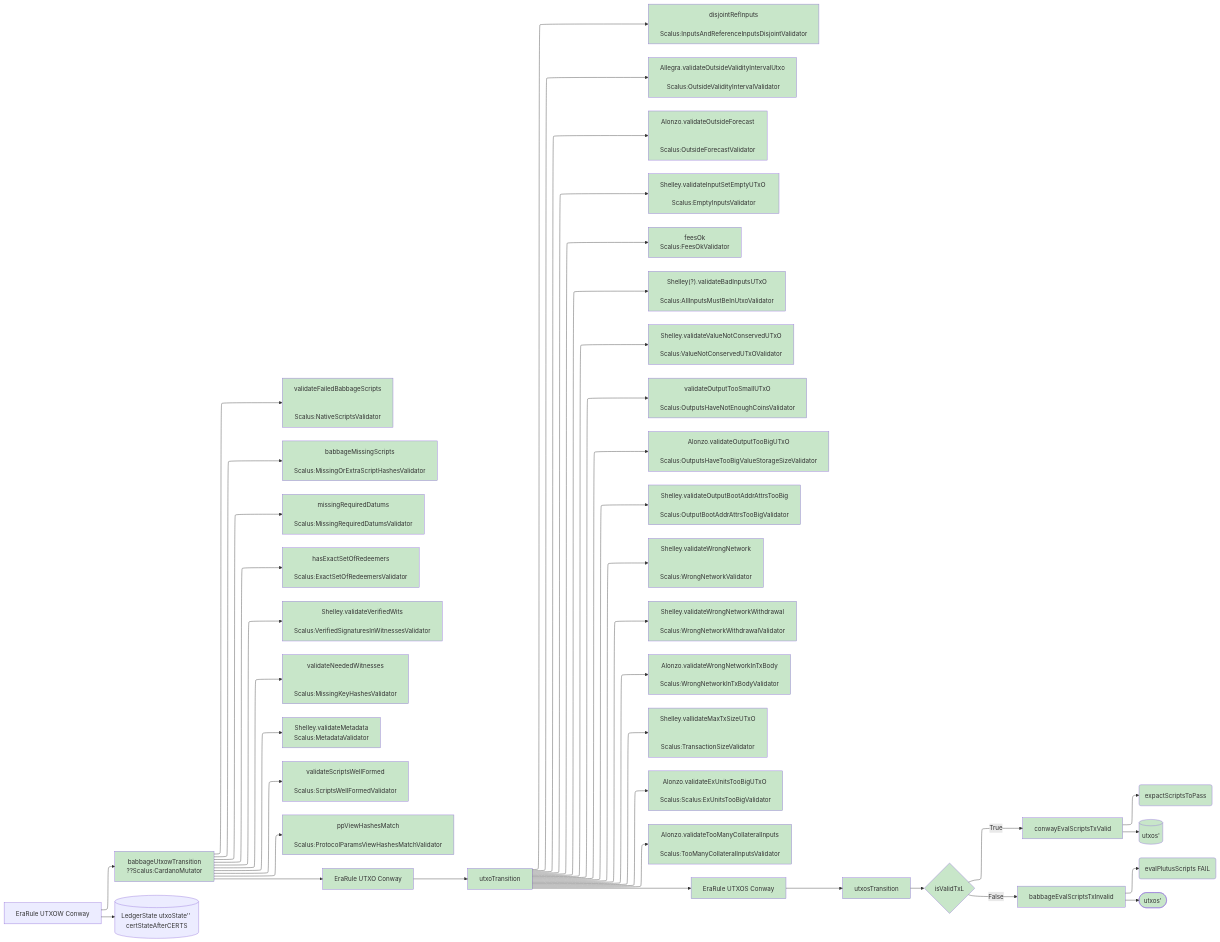
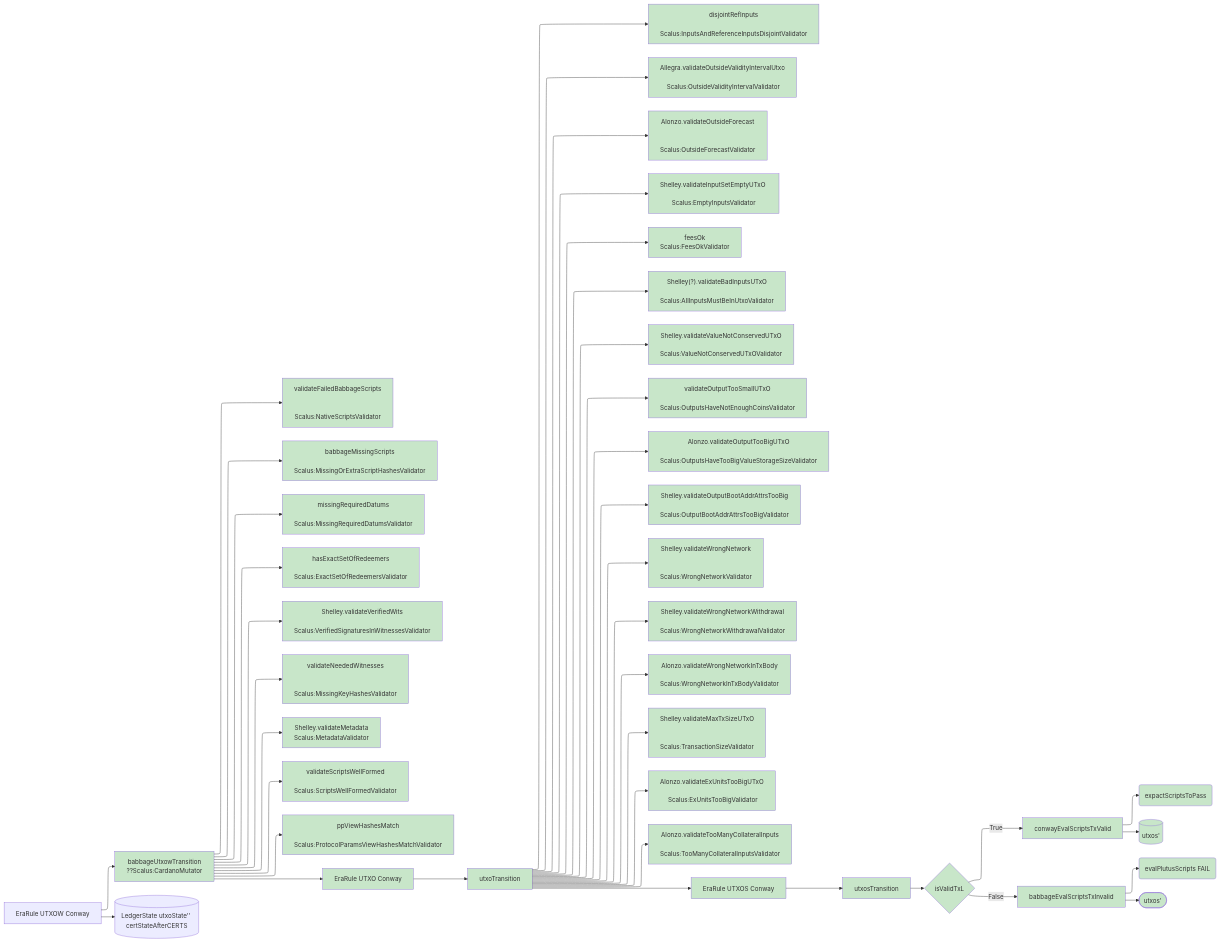
One commit to scalus3/scalus changed the diagram in scalus-site/content/ledger/ledger-rules.mdx. Above: the diagram before and after it, drawn with Mermaid. The commit also changed other lines of this file and 2 other files, not shown here.

````diff
--- a/scalus-site/content/ledger/ledger-rules.mdx
+++ b/scalus-site/content/ledger/ledger-rules.mdx
@@ -27,78 +37,78 @@
 ```mermaid
 ---
 config:
   
   layout: elk
 ---
 flowchart LR
 EUC[EraRule UTXOW Conway]
     EUC --> babbageUtxowTransition["babbageUtxowTransition
                                     ??Scalus:CardanoMutator"]:::done
         babbageUtxowTransition --> validateFailedBabbageScripts["validateFailedBabbageScripts
                                                                 Scalus:NativeScriptsValidator"]:::done
         babbageUtxowTransition --> babbageMissingScripts["babbageMissingScripts
                                                         Scalus:MissingOrExtraScriptHashesValidator"]:::done
         babbageUtxowTransition --> missingRequiredDatums["missingRequiredDatums
                                                         Scalus:MissingRequiredDatumsValidator"]:::done
         babbageUtxowTransition --> hasExactSetOfRedeemers["hasExactSetOfRedeemers
                                                         Scalus:ExactSetOfRedeemersValidator"]:::done
         babbageUtxowTransition --> validateVerifiedWits["Shelley.validateVerifiedWits
                                                         Scalus:VerifiedSignaturesInWitnessesValidator"]:::done
         babbageUtxowTransition --> validateNeededWitnesses["validateNeededWitnesses
                                                             Scalus:MissingKeyHashesValidator"]:::done
         babbageUtxowTransition --> validateMetadata["Shelley.validateMetadata
                                                     Scalus:MetadataValidator"]:::done
         babbageUtxowTransition --> validateScriptsWellFormed["validateScriptsWellFormed
                                                     Scalus:ScriptsWellFormedValidator"]:::done
         babbageUtxowTransition --> ppViewHashesMatch["ppViewHashesMatch
                                                     Scalus:ProtocolParamsViewHashesMatchValidator"]:::done
         babbageUtxowTransition --> EUTXOC[EraRule UTXO Conway]:::done
             EUTXOC --> utxoTransition:::done
                 utxoTransition --> disjointRefInputs["disjointRefInputs
                                                     Scalus:InputsAndReferenceInputsDisjointValidator"]:::done
                 utxoTransition --> validateOutsideValidityIntervalUtxo["Allegra.validateOutsideValidityIntervalUtxo
                                                                         Scalus:OutsideValidityIntervalValidator"]:::done
                 utxoTransition --> validateOutsideForecast["Alonzo.validateOutsideForecast
                                                             Scalus:OutsideForecastValidator"]:::done
                 utxoTransition --> validateInputSetEmptyUTxO["Shelley.validateInputSetEmptyUTxO 
                                                             Scalus:EmptyInputsValidator"]:::done
                 utxoTransition --> feesOk["feesOk
                                         Scalus:FeesOkValidator"]:::done
                 utxoTransition --> validateBadInputsUTxO["Shelley(?).validateBadInputsUTxO
                                                         Scalus:AllInputsMustBeInUtxoValidator"]:::done
                 utxoTransition --> validateValueNotConservedUTxO["Shelley.validateValueNotConservedUTxO
                                                         Scalus:ValueNotConservedUTxOValidator"]:::done
                 utxoTransition --> validateOutputTooSmallUTxO["validateOutputTooSmallUTxO
                                                             Scalus:OutputsHaveNotEnoughCoinsValidator"]:::done
                 utxoTransition --> validateOutputTooBigUTxO["Alonzo.validateOutputTooBigUTxO
                                                            Scalus:OutputsHaveTooBigValueStorageSizeValidator"]:::done 
                 utxoTransition --> validateOutputBootAddrAttrsTooBig["Shelley.validateOutputBootAddrAttrsTooBig
                                                                     Scalus:OutputBootAddrAttrsTooBigValidator"]:::done
                 utxoTransition --> validateWrongNetwork["Shelley.validateWrongNetwork
                                                         Scalus:WrongNetworkValidator"]:::done
                 utxoTransition --> validateWrongNetworkWithdrawal["Shelley.validateWrongNetworkWithdrawal
                                                                 Scalus:WrongNetworkWithdrawalValidator"]:::done
                 utxoTransition --> validateWrongNetworkInTxBody["Alonzo.validateWrongNetworkInTxBody
                                                                 Scalus:WrongNetworkInTxBodyValidator"]:::done
-                utxoTransition --> validateMaxTxSizeUTxO["Shelley.vallidateMaxTxSizeUTxO
+                utxoTransition --> validateMaxTxSizeUTxO["Shelley.validateMaxTxSizeUTxO
                                                                 Scalus:TransactionSizeValidator"]:::done
-                utxoTransition --> validateExUnitsTooBigUTxO["Alonzo.validateExUnitsTooBigUTxO 
-                                                            Scalus:Scalus:ExUnitsTooBigValidator"]:::done
+                utxoTransition --> validateExUnitsTooBigUTxO["Alonzo.validateExUnitsTooBigUTxO
+                                                            Scalus:ExUnitsTooBigValidator"]:::done
                 utxoTransition --> validateTooManyCollateralInputs["Alonzo.validateTooManyCollateralInputs
                                                                 Scalus:TooManyCollateralInputsValidator"]:::done
                 utxoTransition --> EUTXOSC[EraRule UTXOS Conway]:::done
                     EUTXOSC --> utxosTransition:::done
                 utxosTransition --> isValidTxL{isValidTxL}:::done
                     isValidTxL --> |True| conwayEvalScriptsTxValid:::done
                         conwayEvalScriptsTxValid --> expectScriptsToPass(expactScriptsToPass):::done
                         conwayEvalScriptsTxValid --> conwayEvalScriptsTxValidUtxosPrime[(utxos')]:::done
                     isValidTxL --> |False| babbageEvalScriptsTxInvalid:::done
                         babbageEvalScriptsTxInvalid --> evalPlutusScripts(evalPlutusScripts FAIL):::done
                         babbageEvalScriptsTxInvalid --> babbageEvalScriptsTxInvalidUtxosPrime([utxos']):::done
     EUC --> LedgerState[(LedgerState utxoState'' certStateAfterCERTS)]
 
     classDef todo  fill:#FFCDD2
     classDef wip  fill:#FFE0B2
     classDef question fill:#E1BEE7
     classDef done  fill:#C8E6C9
 ```
````
